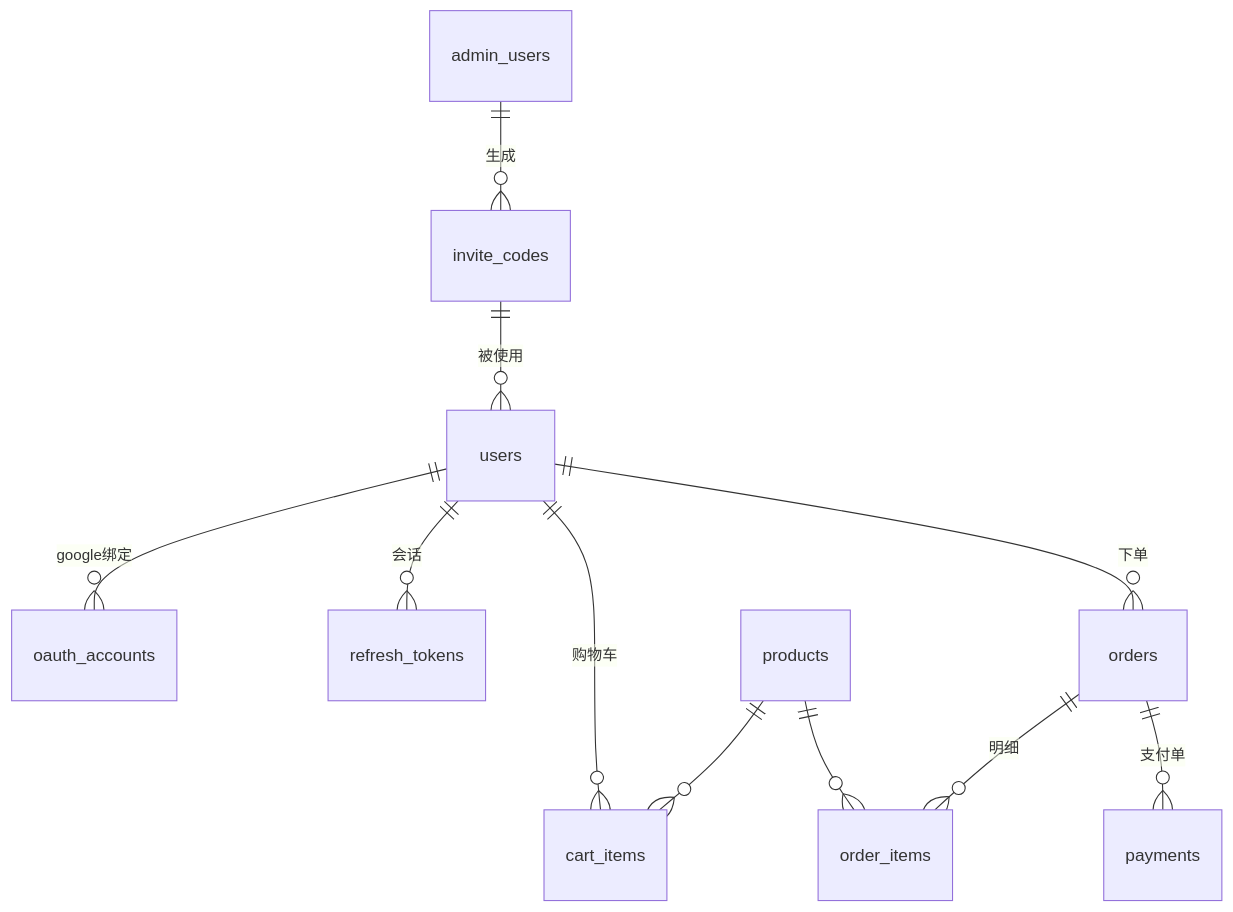
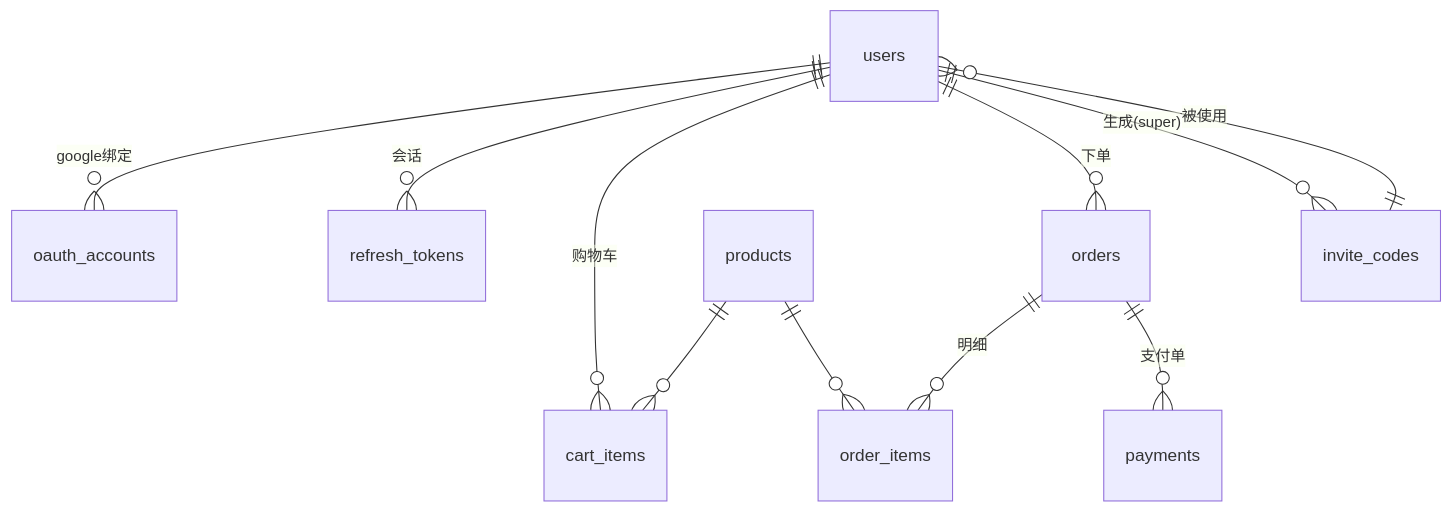
One commit to CY202227/swift-shop changed the diagram in docs/DESIGN.md. Above: the diagram before and after it, drawn with Mermaid. The commit also changed other lines of this file and 1 other file, not shown here.

````diff
--- a/docs/DESIGN.md
+++ b/docs/DESIGN.md
@@ -276,13 +276,13 @@
 ```mermaid
 erDiagram
     users ||--o{ oauth_accounts : "google绑定"
     users ||--o{ refresh_tokens : "会话"
     users ||--o{ cart_items : "购物车"
     users ||--o{ orders : "下单"
     orders ||--o{ order_items : "明细"
     orders ||--o{ payments : "支付单"
     products ||--o{ cart_items : ""
     products ||--o{ order_items : ""
-    admin_users ||--o{ invite_codes : "生成"
+    users ||--o{ invite_codes : "生成(super)"
     invite_codes ||--o{ users : "被使用"
 ```
````
